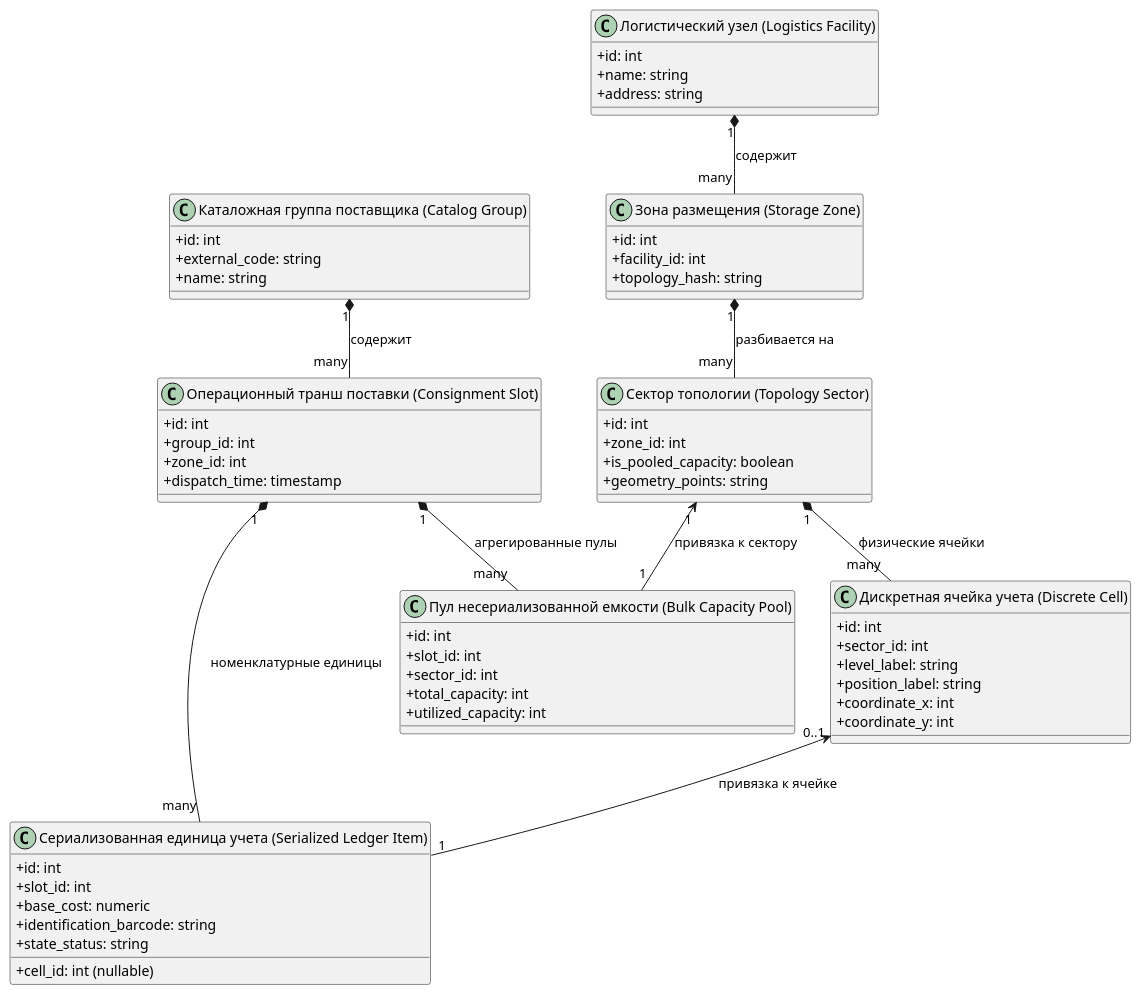
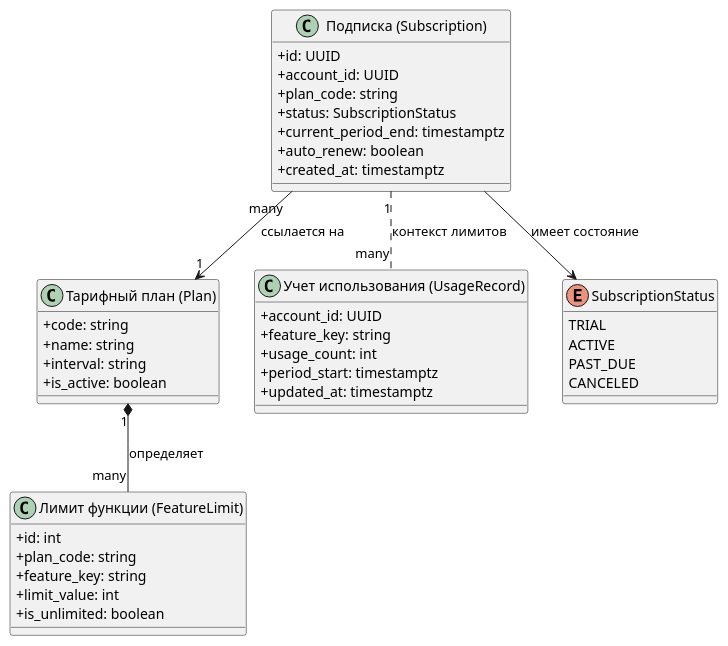
Before and after one commit to boboden541/sa-helper: the first of 3 diagrams in .claude/skills/domain-auditor/examples/ideal_domain_audit.md, drawn with PlantUML. The commit also changed other lines of this file and 10 other files, not shown here.

````diff
--- a/.claude/skills/domain-auditor/examples/ideal_domain_audit.md
+++ b/.claude/skills/domain-auditor/examples/ideal_domain_audit.md
@@ -19,72 +19,50 @@
 ```plantuml
 @startuml
 skinparam classAttributeIconSize 0
 
-class "Каталожная группа поставщика (Catalog Group)" as RootAgg {
-    + id: int
-    + external_code: string
-    + name: string
+class "Подписка (Subscription)" as Sub {
+    + id: UUID
+    + account_id: UUID
+    + plan_code: string
+    + status: SubscriptionStatus
+    + current_period_end: timestamptz
+    + auto_renew: boolean
+    + created_at: timestamptz
 }
 
-class "Логистический узел (Logistics Facility)" as Facility {
-    + id: int
+class "Тарифный план (Plan)" as Plan {
+    + code: string
     + name: string
-    + address: string
+    + interval: string
+    + is_active: boolean
 }
 
-class "Зона размещения (Storage Zone)" as Zone {
+class "Лимит функции (FeatureLimit)" as Limit {
     + id: int
-    + facility_id: int
-    + topology_hash: string
+    + plan_code: string
+    + feature_key: string
+    + limit_value: int
+    + is_unlimited: boolean
 }
 
-class "Сектор топологии (Topology Sector)" as Sector {
-    + id: int
-    + zone_id: int
-    + is_pooled_capacity: boolean
-    + geometry_points: string
+class "Учет использования (UsageRecord)" as Usage {
+    + account_id: UUID
+    + feature_key: string
+    + usage_count: int
+    + period_start: timestamptz
+    + updated_at: timestamptz
 }
 
-class "Дискретная ячейка учета (Discrete Cell)" as Cell {
-    + id: int
-    + sector_id: int
-    + level_label: string
-    + position_label: string
-    + coordinate_x: int
-    + coordinate_y: int
+enum "SubscriptionStatus" as Status {
+    TRIAL
+    ACTIVE
+    PAST_DUE
+    CANCELED
 }
 
-class "Операционный транш поставки (Consignment Slot)" as Slot {
-    + id: int
-    + group_id: int
-    + zone_id: int
-    + dispatch_time: timestamp
-}
-
-class "Сериализованная единица учета (Serialized Ledger Item)" as Item {
-    + id: int
-    + slot_id: int
-    + cell_id: int (nullable)
-    + base_cost: numeric
-    + identification_barcode: string
-    + state_status: string
-}
-
-class "Пул несериализованной емкости (Bulk Capacity Pool)" as Pool {
-    + id: int
-    + slot_id: int
-    + sector_id: int
-    + total_capacity: int
-    + utilized_capacity: int
-}
-
-RootAgg "1" *-- "many" Slot : содержит
-Facility "1" *-- "many" Zone : содержит
-Zone "1" *-- "many" Sector : разбивается на
-Sector "1" *-- "many" Cell : физические ячейки
-Slot "1" *-- "many" Item : номенклатурные единицы
-Slot "1" *-- "many" Pool : агрегированные пулы
-Cell "0..1" <-- "1" Item : привязка к ячейке
-Sector "1" <-- "1" Pool : привязка к сектору
+Sub "many" --> "1" Plan : ссылается на
+Plan "1" *-- "many" Limit : определяет
+Sub --> Status : имеет состояние
+Sub "1" .. "many" Usage : контекст лимитов
 @enduml
 ```
````
